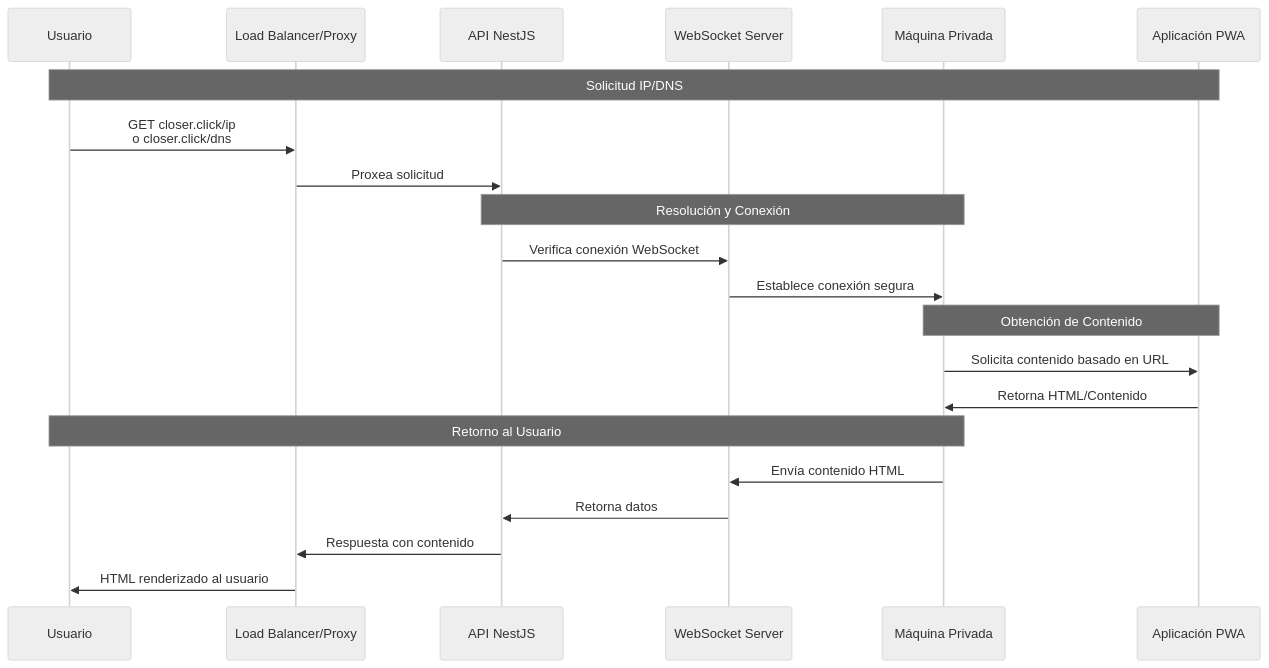
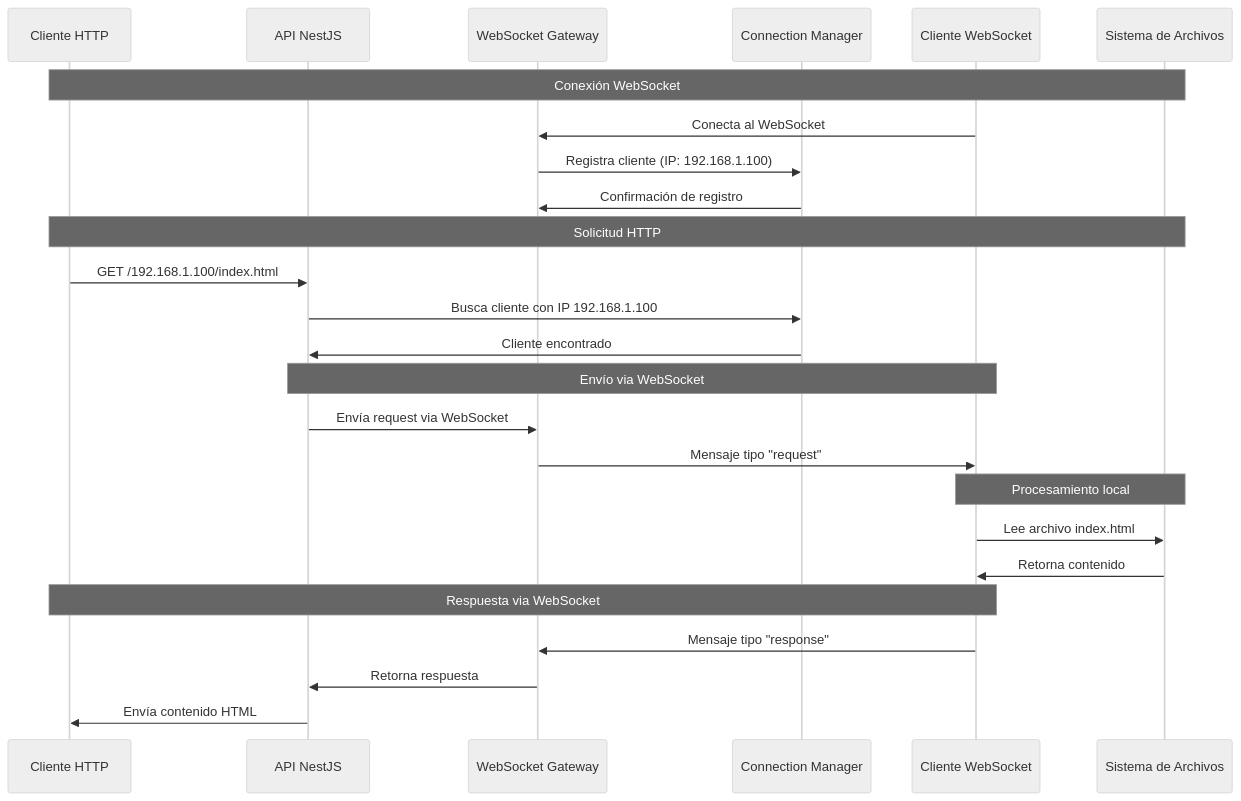
One commit to seyacat/closerclick changed the first of 2 diagrams in docs/COMUNICACION.md. Above: the diagram before and after it, drawn with Mermaid (neutral theme). The commit also changed other lines of this file and 6 other files, not shown here.

````diff
--- a/docs/COMUNICACION.md
+++ b/docs/COMUNICACION.md
@@ -5,27 +5,32 @@
 ```mermaid
 sequenceDiagram
-    participant U as Usuario
-    participant LB as Load Balancer/Proxy
+    participant HTTP as Cliente HTTP
     participant API as API NestJS
-    participant WS as WebSocket Server
-    participant PM as Máquina Privada
-    participant PWA as Aplicación PWA
+    participant WS as WebSocket Gateway
+    participant CM as Connection Manager
+    participant WSC as Cliente WebSocket
+    participant FS as Sistema de Archivos
 
-    Note over U, PWA: Solicitud IP/DNS
-    U->>LB: GET closer.click/ip<br/>o closer.click/dns
-    LB->>API: Proxea solicitud
+    Note over HTTP, FS: Conexión WebSocket
+    WSC->>WS: Conecta al WebSocket
+    WS->>CM: Registra cliente (IP: 192.168.1.100)
+    CM->>WS: Confirmación de registro
     
-    Note over API, PM: Resolución y Conexión
-    API->>WS: Verifica conexión WebSocket
-    WS->>PM: Establece conexión segura
+    Note over HTTP, FS: Solicitud HTTP
+    HTTP->>API: GET /192.168.1.100/index.html
+    API->>CM: Busca cliente con IP 192.168.1.100
+    CM->>API: Cliente encontrado
     
-    Note over PM, PWA: Obtención de Contenido
-    PM->>PWA: Solicita contenido basado en URL
-    PWA->>PM: Retorna HTML/Contenido
+    Note over API, WSC: Envío via WebSocket
+    API->>WS: Envía request via WebSocket
+    WS->>WSC: Mensaje tipo "request"
     
-    Note over PM, U: Retorno al Usuario
-    PM->>WS: Envía contenido HTML
-    WS->>API: Retorna datos
-    API->>LB: Respuesta con contenido
-    LB->>U: HTML renderizado al usuario
+    Note over WSC, FS: Procesamiento local
+    WSC->>FS: Lee archivo index.html
+    FS->>WSC: Retorna contenido
+    
+    Note over WSC, HTTP: Respuesta via WebSocket
+    WSC->>WS: Mensaje tipo "response"
+    WS->>API: Retorna respuesta
+    API->>HTTP: Envía contenido HTML
 ```
````
